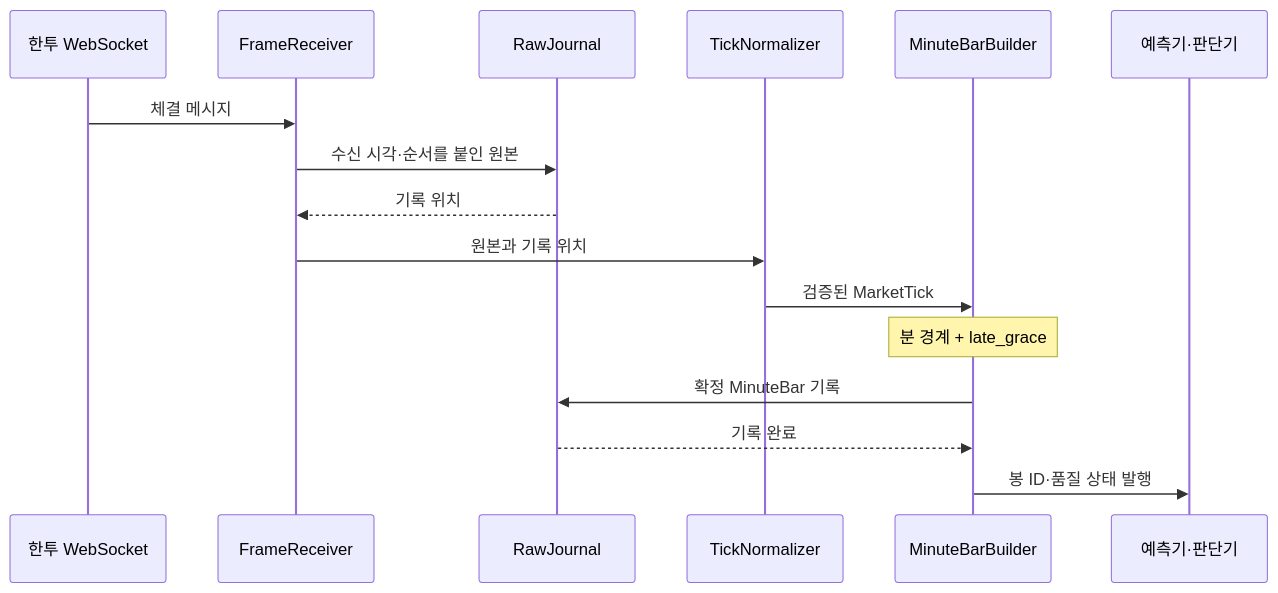
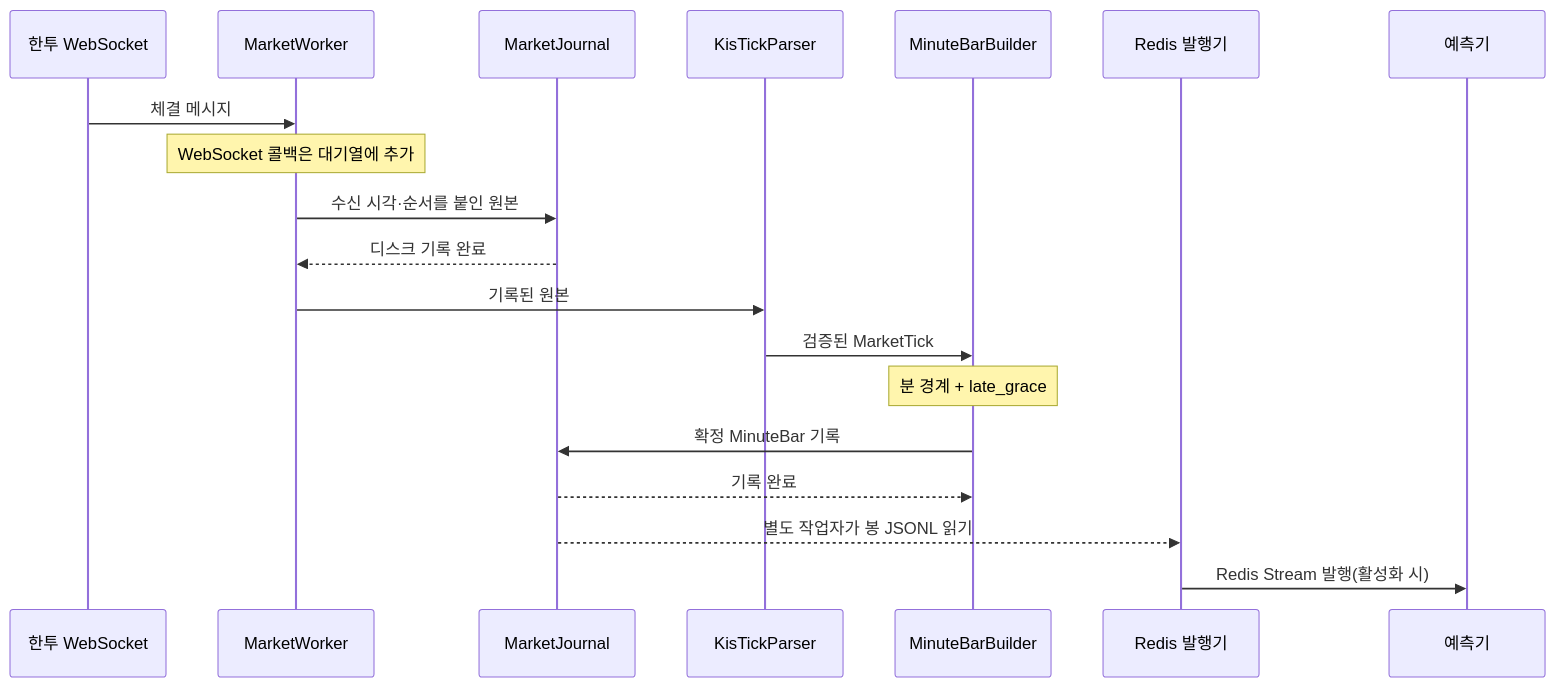
One commit to ShinYEB/Auto-helm changed the second of 3 diagrams in docs/lld/01-market-data.md. Above: the diagram before and after it, drawn with Mermaid. The commit also changed other lines of this file and 1 other file, not shown here.

Commit message:
Clarify market data pipeline and add blog diagram

````diff
--- a/docs/lld/01-market-data.md
+++ b/docs/lld/01-market-data.md
@@ -70,18 +75,21 @@
 ```mermaid
 sequenceDiagram
     participant K as 한투 WebSocket
-    participant R as FrameReceiver
-    participant J as RawJournal
-    participant N as TickNormalizer
+    participant R as MarketWorker
+    participant J as MarketJournal
+    participant N as KisTickParser
     participant B as MinuteBarBuilder
-    participant P as 예측기·판단기
+    participant S as Redis 발행기
+    participant P as 예측기
     K->>R: 체결 메시지
+    Note over R: WebSocket 콜백은 대기열에 추가
     R->>J: 수신 시각·순서를 붙인 원본
-    J-->>R: 기록 위치
-    R->>N: 원본과 기록 위치
+    J-->>R: 디스크 기록 완료
+    R->>N: 기록된 원본
     N->>B: 검증된 MarketTick
     Note over B: 분 경계 + late_grace
     B->>J: 확정 MinuteBar 기록
     J-->>B: 기록 완료
-    B->>P: 봉 ID·품질 상태 발행
+    J-->>S: 별도 작업자가 봉 JSONL 읽기
+    S->>P: Redis Stream 발행(활성화 시)
 ```
````
